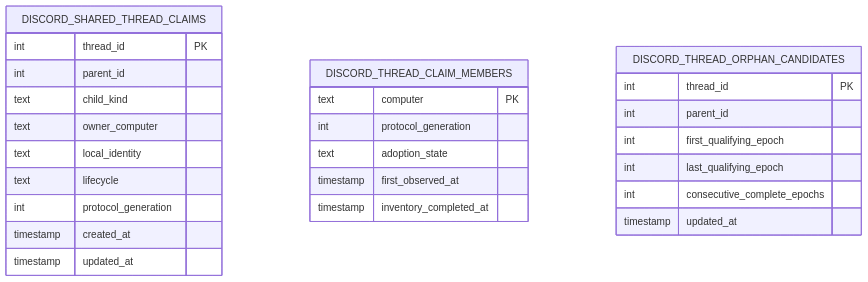
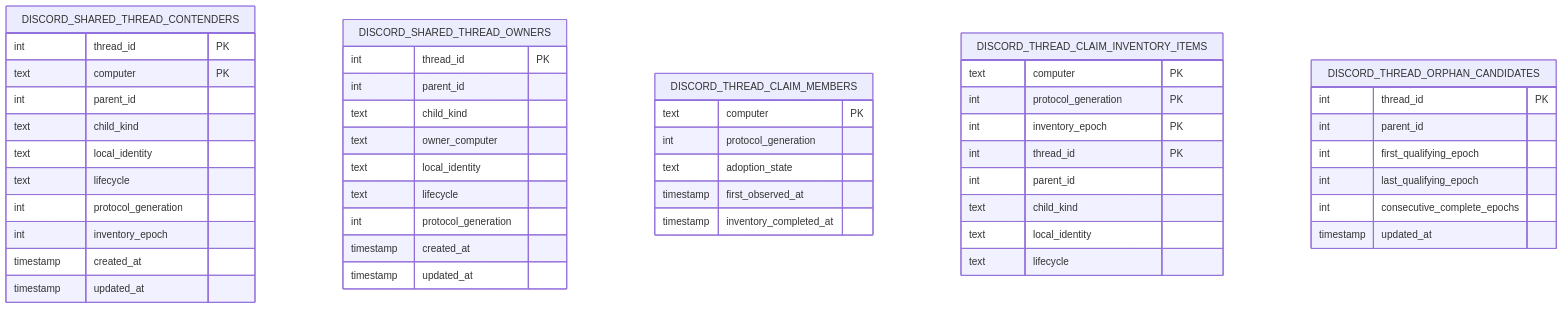
Before and after one commit to InstruktAI/TeleClaude: the third of 3 diagrams in docs/project/design/architecture/database.md, drawn with Mermaid. The commit also changed other lines of this file, not shown here.

Commit message:
fix(docs): preserve every shared-thread contender [skip ci]
🤖 Generated with [TeleClaude](https://github.com/InstruktAI/TeleClaude)

Session: c493da34-9d47-4e42-963f-679afcb04388
Human-Involved: false

````diff
--- a/docs/project/design/architecture/database.md
+++ b/docs/project/design/architecture/database.md
@@ -185,31 +185,55 @@
 ```mermaid
 erDiagram
-    DISCORD_SHARED_THREAD_CLAIMS {
+    DISCORD_SHARED_THREAD_CONTENDERS {
+        int thread_id PK
+        text computer PK
+        int parent_id
+        text child_kind
+        text local_identity
+        text lifecycle
+        int protocol_generation
+        int inventory_epoch
+        timestamp created_at
+        timestamp updated_at
+    }
+
+    DISCORD_SHARED_THREAD_OWNERS {
         int thread_id PK
         int parent_id
         text child_kind
         text owner_computer
         text local_identity
         text lifecycle
         int protocol_generation
         timestamp created_at
         timestamp updated_at
     }
 
     DISCORD_THREAD_CLAIM_MEMBERS {
         text computer PK
         int protocol_generation
         text adoption_state
         timestamp first_observed_at
         timestamp inventory_completed_at
     }
 
+    DISCORD_THREAD_CLAIM_INVENTORY_ITEMS {
+        text computer PK
+        int protocol_generation PK
+        int inventory_epoch PK
+        int thread_id PK
+        int parent_id
+        text child_kind
+        text local_identity
+        text lifecycle
+    }
+
     DISCORD_THREAD_ORPHAN_CANDIDATES {
         int thread_id PK
         int parent_id
         int first_qualifying_epoch
         int last_qualifying_epoch
         int consecutive_complete_epochs
         timestamp updated_at
     }
 ```
````
